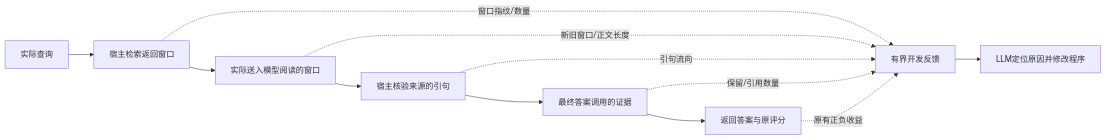
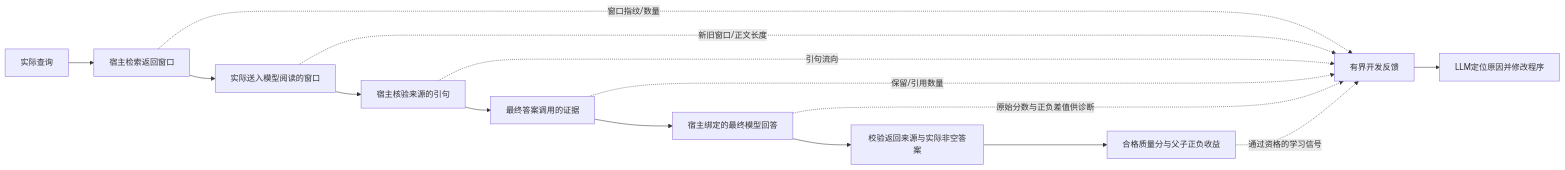
Before and after one commit to 2749111465lin-hue/rsi-agent: the diagram in docs/v3_feedback_flow.md, drawn with Mermaid. The commit also changed other lines of this file and 31 other files, not shown here.

````diff
--- a/docs/v3_feedback_flow.md
+++ b/docs/v3_feedback_flow.md
@@ -11,14 +11,17 @@
 ```mermaid
 flowchart LR
     Q[实际查询] --> S[宿主检索返回窗口]
     S --> R[实际送入模型阅读的窗口]
     R --> V[宿主核验来源的引句]
     V --> A[最终答案调用的证据]
-    A --> O[返回答案与原评分]
+    A --> O[宿主绑定的最终模型回答]
+    O --> P[校验返回来源与实际非空答案]
+    P --> E[合格质量分与父子正负收益]
     S -.窗口指纹/数量.-> F[有界开发反馈]
     R -.新旧窗口/正文长度.-> F
     V -.引句流向.-> F
     A -.保留/引用数量.-> F
-    O -.原有正负收益.-> F
+    O -.原始分数与正负差值供诊断.-> F
+    E -.通过资格的学习信号.-> F
     F --> M[LLM定位原因并修改程序]
 ```
````
